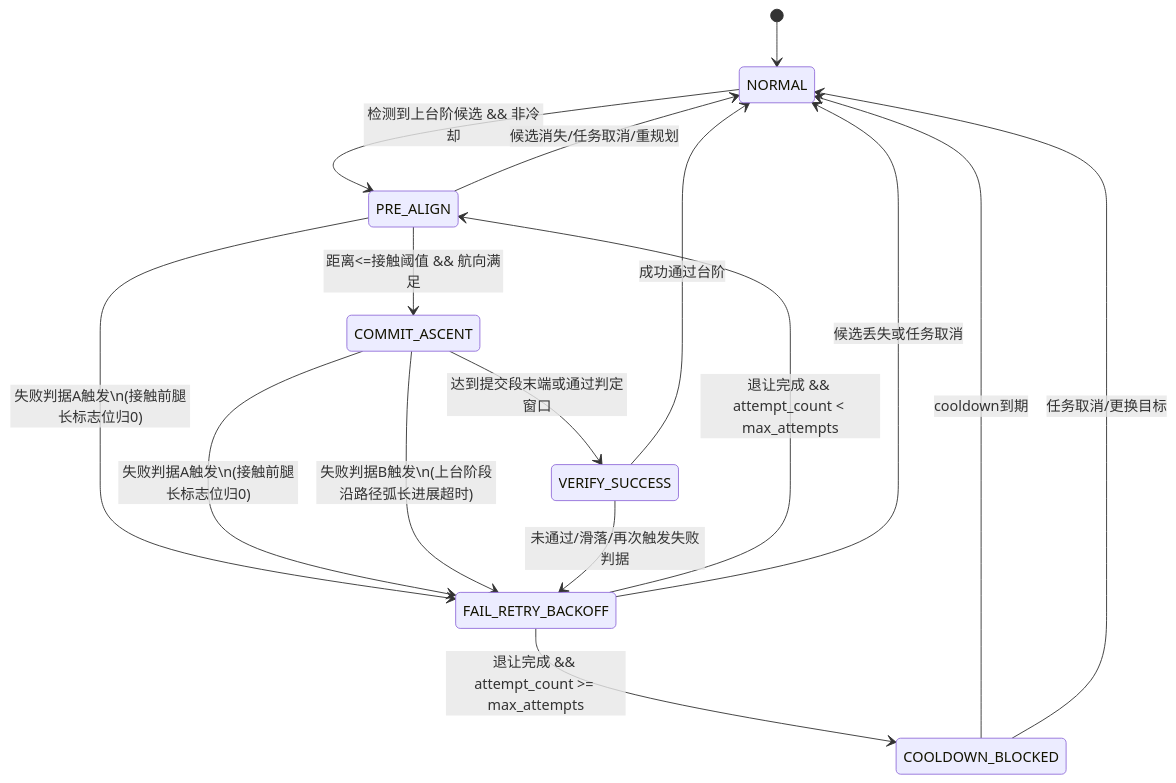
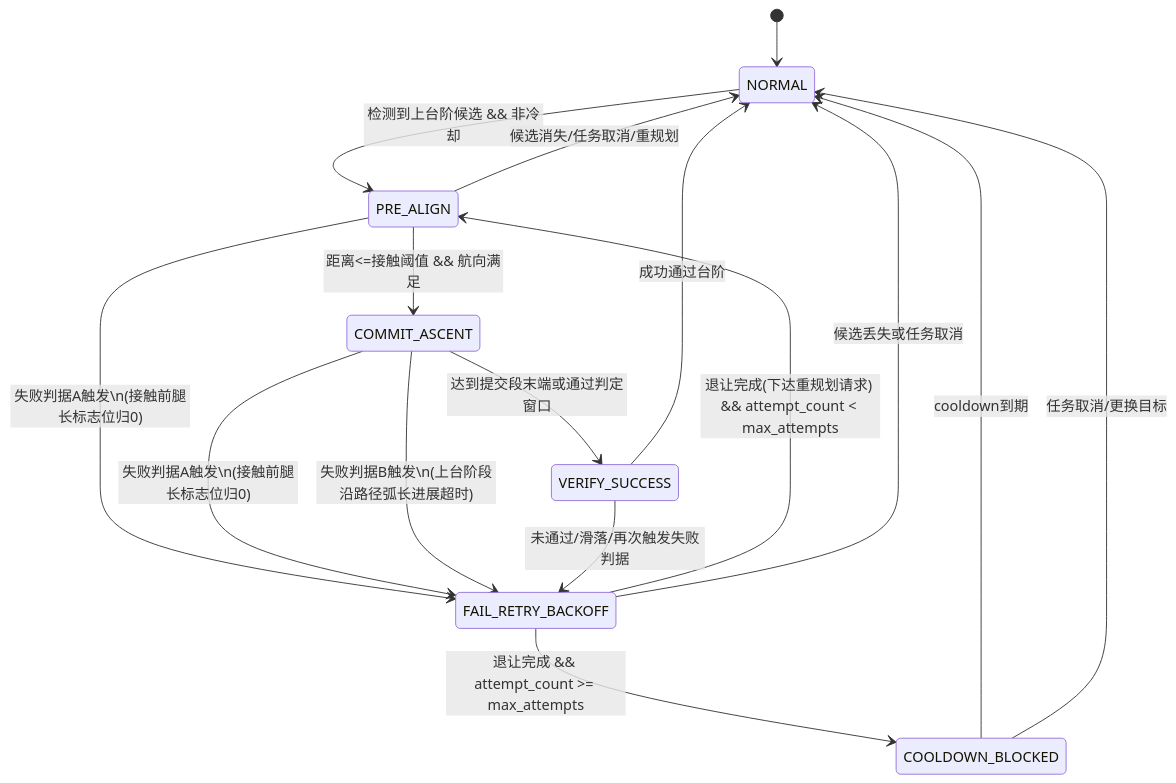
The diagram in docs/tmp_stair_refactor_plan.md (dengjiaxi111/nav), drawn with Mermaid before and after one commit. The commit also changed other lines of this file and 2 other files, not shown here.

Commit message:
fix(nmpc):增加了动态调参功能

````diff
--- a/docs/tmp_stair_refactor_plan.md
+++ b/docs/tmp_stair_refactor_plan.md
@@ -83,23 +83,23 @@
 ```mermaid
 stateDiagram-v2
     [*] --> NORMAL
 
     NORMAL --> PRE_ALIGN: 检测到上台阶候选 && 非冷却
     PRE_ALIGN --> NORMAL: 候选消失/任务取消/重规划
     PRE_ALIGN --> COMMIT_ASCENT: 距离<=接触阈值 && 航向满足
     PRE_ALIGN --> FAIL_RETRY_BACKOFF: 失败判据A触发\n(接触前腿长标志位归0)
 
     COMMIT_ASCENT --> FAIL_RETRY_BACKOFF: 失败判据A触发\n(接触前腿长标志位归0)
     COMMIT_ASCENT --> FAIL_RETRY_BACKOFF: 失败判据B触发\n(上台阶段沿路径弧长进展超时)
     COMMIT_ASCENT --> VERIFY_SUCCESS: 达到提交段末端或通过判定窗口
 
     VERIFY_SUCCESS --> NORMAL: 成功通过台阶
     VERIFY_SUCCESS --> FAIL_RETRY_BACKOFF: 未通过/滑落/再次触发失败判据
 
-    FAIL_RETRY_BACKOFF --> PRE_ALIGN: 退让完成 && attempt_count < max_attempts
+    FAIL_RETRY_BACKOFF --> PRE_ALIGN: 退让完成(下达重规划请求) && attempt_count < max_attempts
     FAIL_RETRY_BACKOFF --> COOLDOWN_BLOCKED: 退让完成 && attempt_count >= max_attempts
     FAIL_RETRY_BACKOFF --> NORMAL: 候选丢失或任务取消
 
     COOLDOWN_BLOCKED --> NORMAL: cooldown到期
     COOLDOWN_BLOCKED --> NORMAL: 任务取消/更换目标
 ```
````
